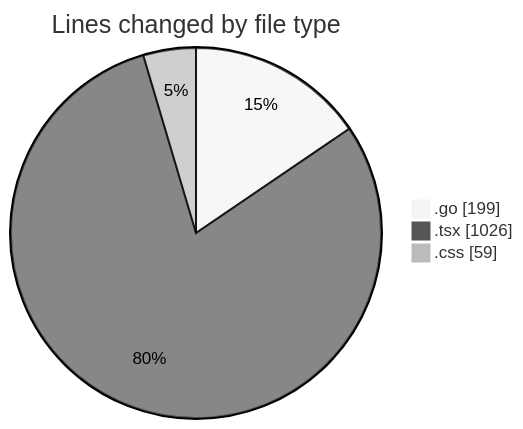
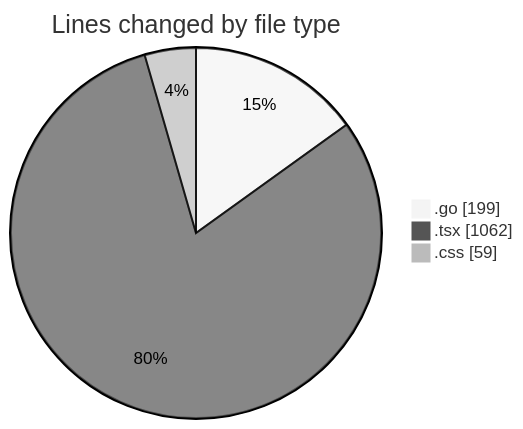
The first of 2 diagrams in 2025-03-11/termonied_testador/README.md (robertbonfada/code-tracking), drawn with Mermaid (neutral theme) before and after one commit. The commit also changed other lines of this file and 1 other file, not shown here.

````diff
--- a/2025-03-11/termonied_testador/README.md
+++ b/2025-03-11/termonied_testador/README.md
@@ -28,7 +28,7 @@
 ```mermaid
 pie showData
 title Lines changed by file type
 ".go" : 199
-".tsx" : 1026
+".tsx" : 1062
 ".css" : 59
 ```
````
